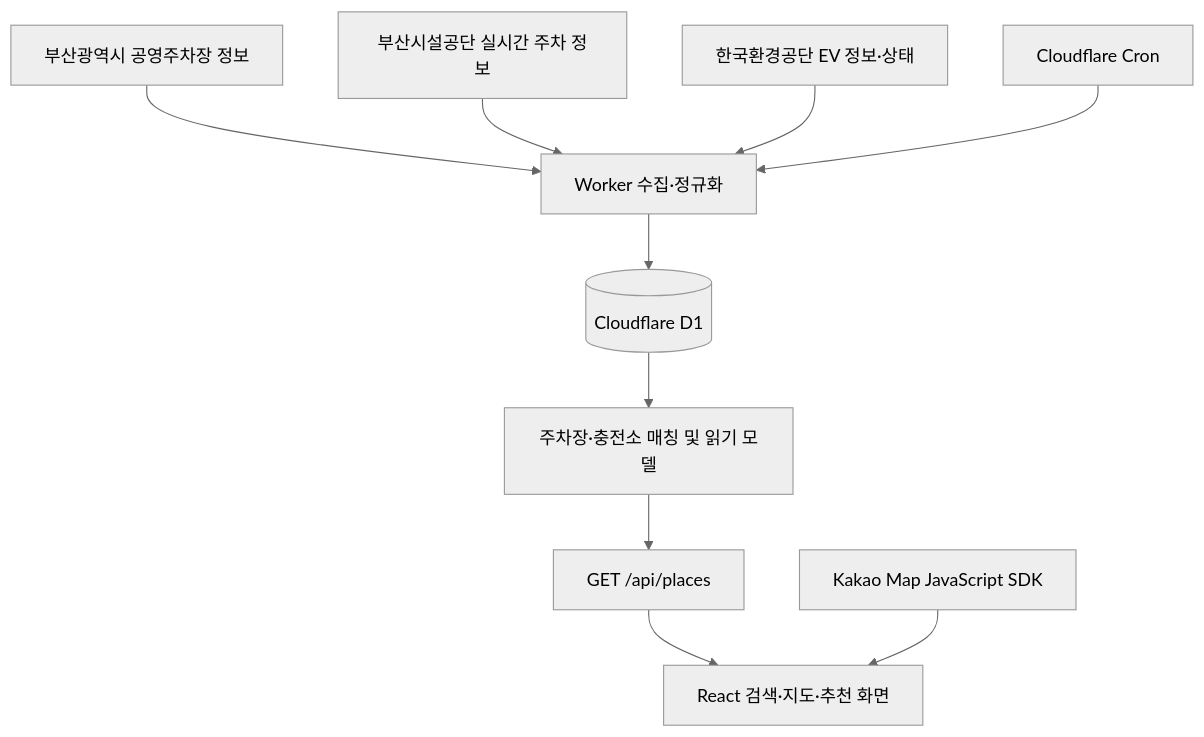
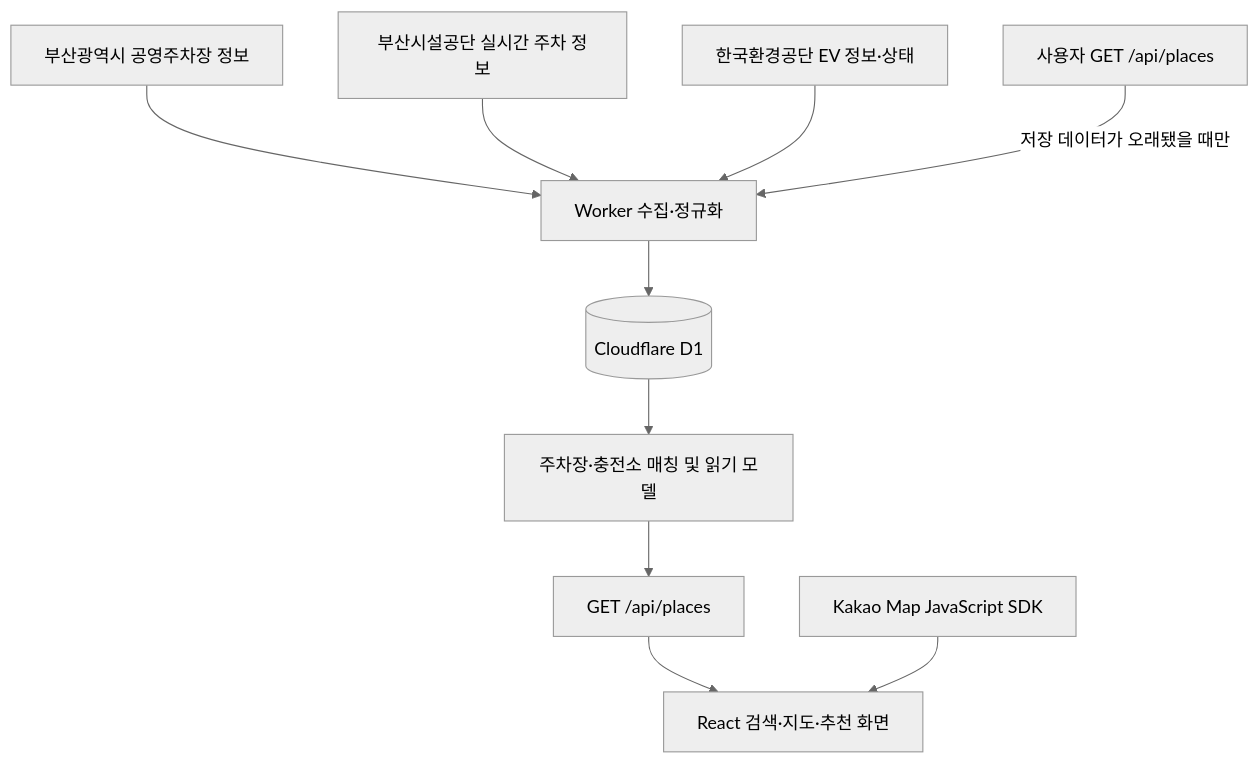
One commit to SkyBluekor/PlugPark changed the diagram in README.md. Above: the diagram before and after it, drawn with Mermaid (neutral theme). The commit also changed other lines of this file, not shown here.

````diff
--- a/README.md
+++ b/README.md
@@ -49,12 +49,12 @@
 ```mermaid
 flowchart TD
     P[부산광역시 공영주차장 정보] --> C[Worker 수집·정규화]
     R[부산시설공단 실시간 주차 정보] --> C
     E[한국환경공단 EV 정보·상태] --> C
-    T[Cloudflare Cron] --> C
+    U[사용자 GET /api/places] -->|저장 데이터가 오래됐을 때만| C
     C --> D[(Cloudflare D1)]
     D --> M[주차장·충전소 매칭 및 읽기 모델]
     M --> A[GET /api/places]
     A --> UI[React 검색·지도·추천 화면]
     K[Kakao Map JavaScript SDK] --> UI
 ```
````
